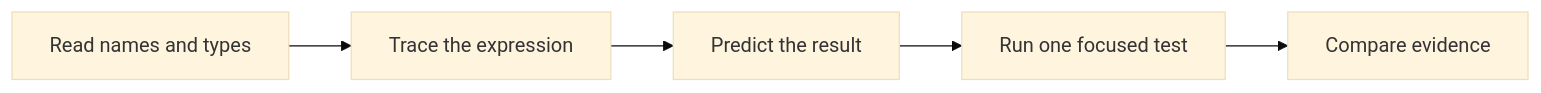
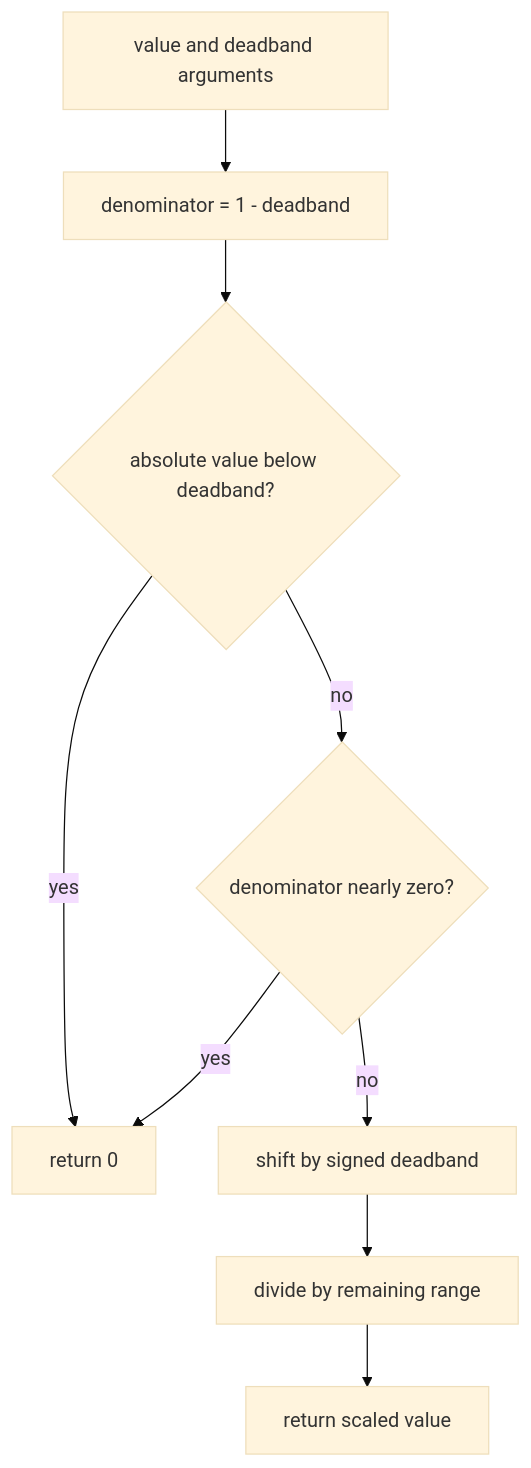
The diagram in content/learning/programming/01-kotlin-basics.md (ARES-23247/ARESWEB), drawn with Mermaid (base theme) before and after one commit. The commit also changed other lines of this file and 6 other files, not shown here.

````diff
--- a/content/learning/programming/01-kotlin-basics.md
+++ b/content/learning/programming/01-kotlin-basics.md
@@ -40,8 +82,12 @@
 ```mermaid
-%% aria: A student reads inputs and types, predicts an expression result, runs a focused test, and compares the result with the prediction.
-flowchart LR
-  A["Read names and types"] --> B["Trace the expression"]
-  B --> C["Predict the result"]
-  C --> D["Run one focused test"]
-  D --> E["Compare evidence"]
+%% aria: The applyDeadband function receives a joystick value and deadband. Values inside the quiet area return zero. A nearly zero denominator also returns zero. Other valid values are shifted away from the deadband and divided by the remaining range.
+flowchart TD
+    A["value and deadband arguments"] --> B["denominator = 1 - deadband"]
+    B --> C{"absolute value below deadband?"}
+    C -->|yes| Z["return 0"]
+    C -->|no| D{"denominator nearly zero?"}
+    D -->|yes| Z
+    D -->|no| E["shift by signed deadband"]
+    E --> F["divide by remaining range"]
+    F --> R["return scaled value"]
 ```
````
